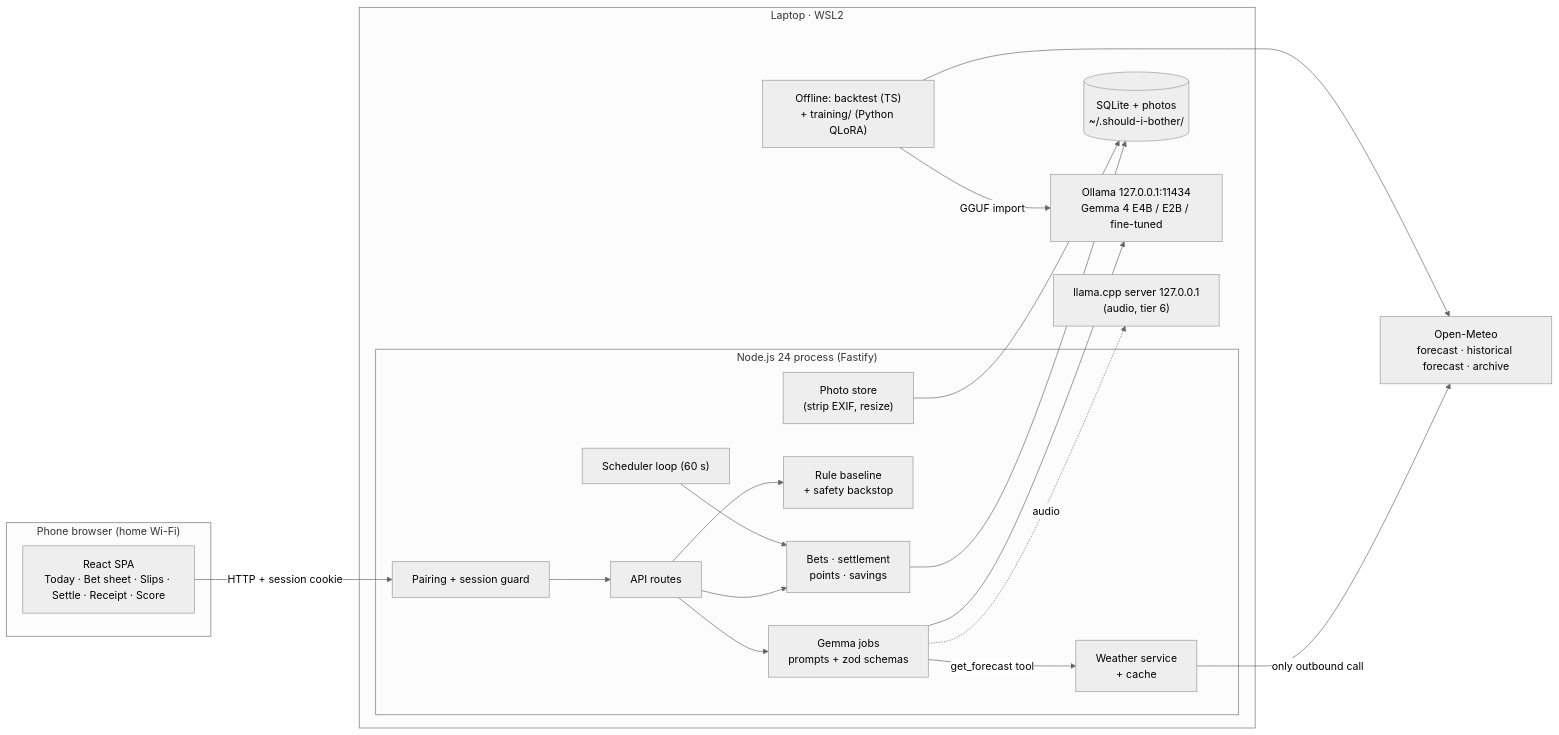
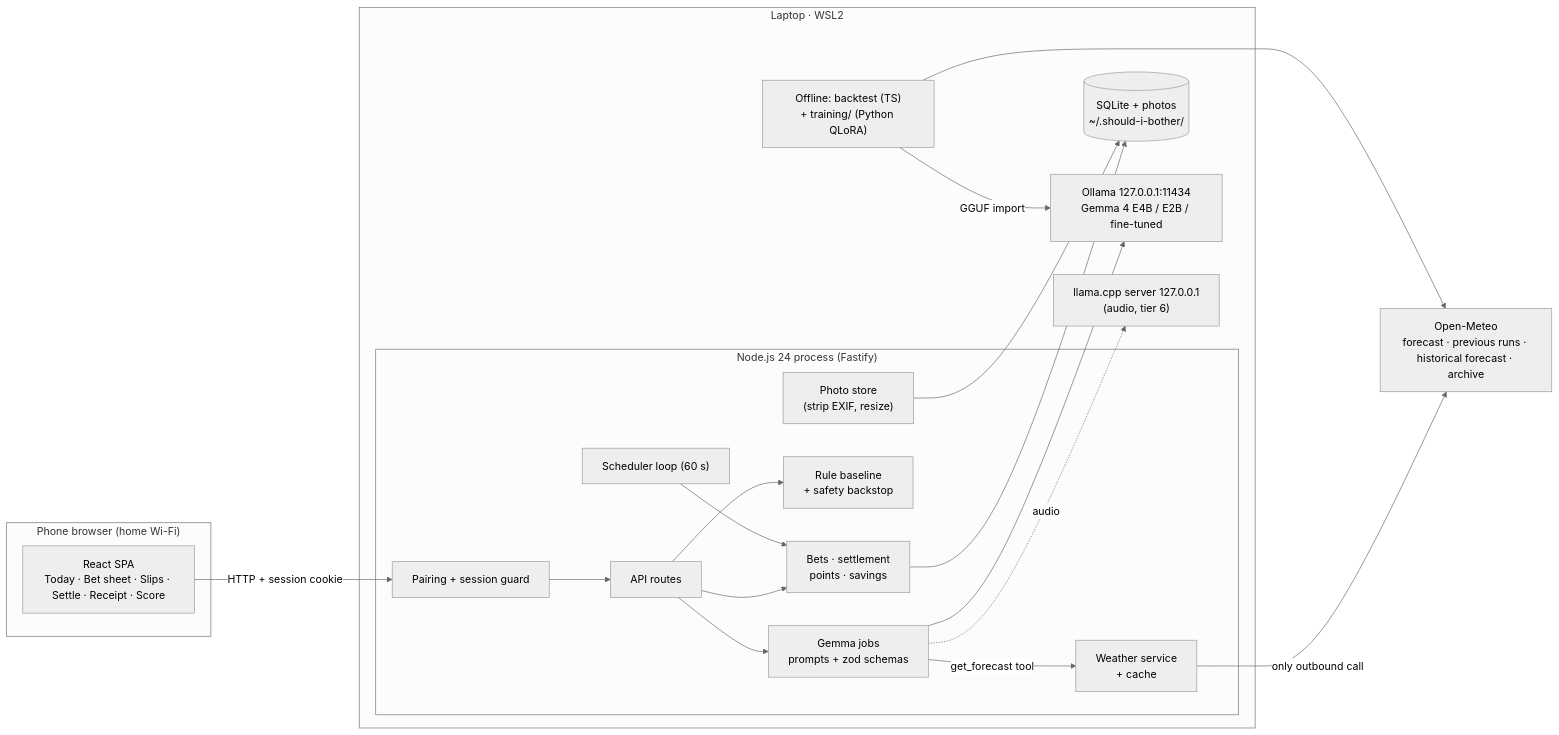
The diagram in docs/spec/design.md (adricasi/ShouldIBother), drawn with Mermaid (neutral theme) before and after one commit. The commit also changed other lines of this file and 10 other files, not shown here.

````diff
--- a/docs/spec/design.md
+++ b/docs/spec/design.md
@@ -12,34 +12,34 @@
 ```mermaid
 flowchart LR
   subgraph Phone["Phone browser (home Wi-Fi)"]
     SPA["React SPA\nToday · Bet sheet · Slips · Settle · Receipt · Score"]
   end
   subgraph Laptop["Laptop · WSL2"]
     subgraph Server["Node.js 24 process (Fastify)"]
       AUTH["Pairing + session guard"]
       API["API routes"]
       JOBS["Gemma jobs\nprompts + zod schemas"]
       RULE["Rule baseline\n+ safety backstop"]
       LEDGER["Bets · settlement\npoints · savings"]
       WX["Weather service\n+ cache"]
       SCHED["Scheduler loop (60 s)"]
       PHOTO["Photo store\n(strip EXIF, resize)"]
     end
     DB[("SQLite + photos\n~/.should-i-bother/")]
     OLLAMA["Ollama 127.0.0.1:11434\nGemma 4 E4B / E2B / fine-tuned"]
     LCPP["llama.cpp server 127.0.0.1\n(audio, tier 6)"]
     OFFLINE["Offline: backtest (TS)\n+ training/ (Python QLoRA)"]
   end
-  OM["Open-Meteo\nforecast · historical forecast · archive"]
+  OM["Open-Meteo\nforecast · previous runs · historical forecast · archive"]
   SPA -- "HTTP + session cookie" --> AUTH --> API
   API --> JOBS --> OLLAMA
   JOBS -. "audio" .-> LCPP
   JOBS -- "get_forecast tool" --> WX
   API --> RULE
   API --> LEDGER --> DB
   PHOTO --> DB
   SCHED --> LEDGER
   WX -- "only outbound call" --> OM
   OFFLINE --> OM
   OFFLINE -- "GGUF import" --> OLLAMA
 ```
````
